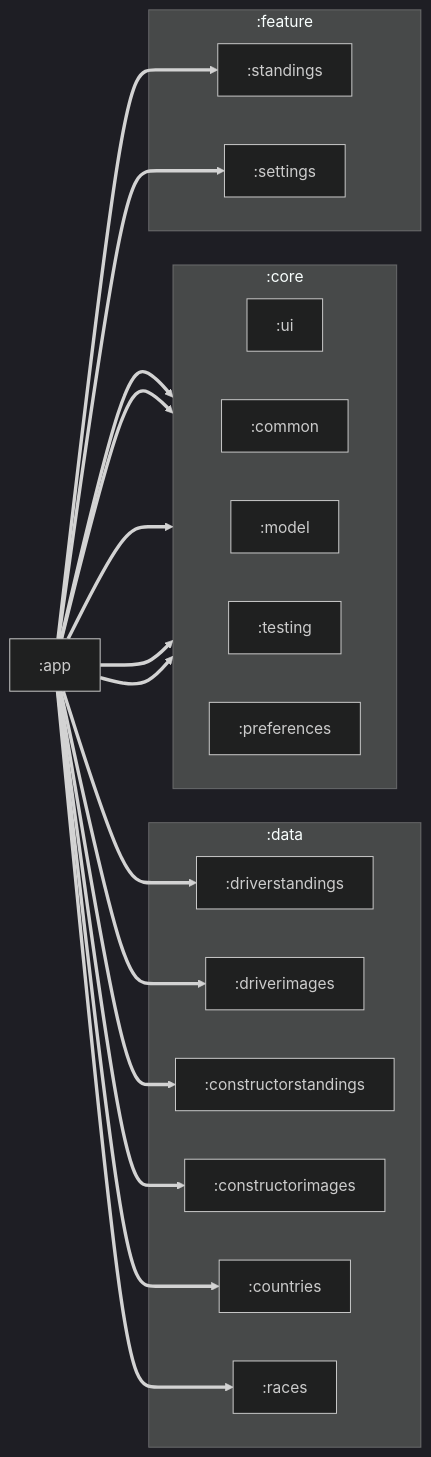
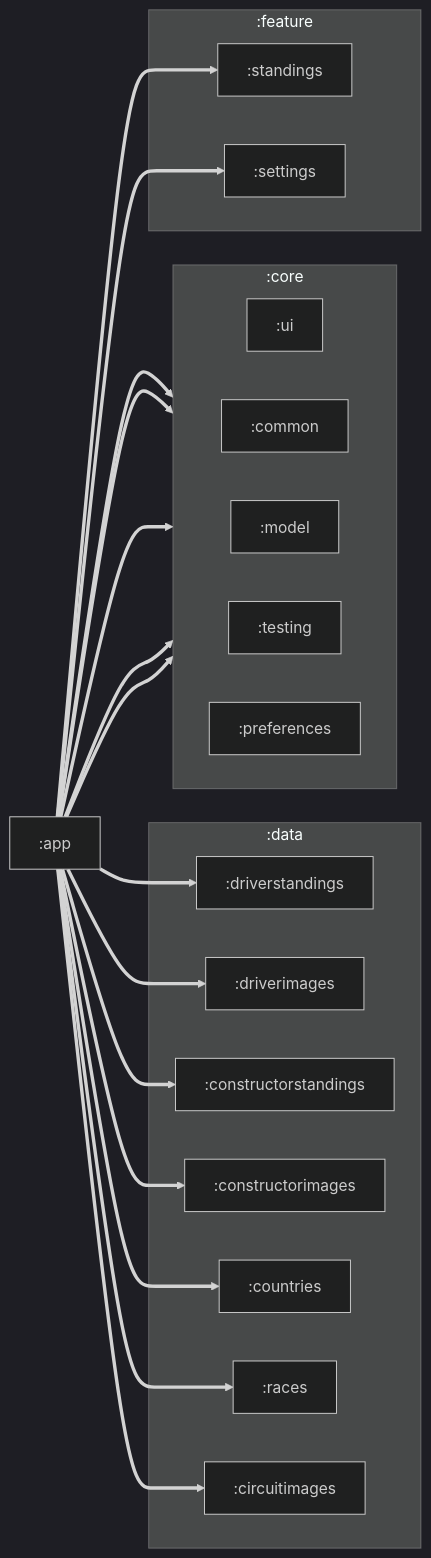
One commit to toquete/boxbox changed the diagram in app/README.md. Above: the diagram before and after it, drawn with Mermaid. The commit also changed 3 other files, not shown here.

Commit message:
Syncing circuit images on app startup

````diff
--- a/app/README.md
+++ b/app/README.md
@@ -1,37 +1,39 @@
 ```mermaid
 %%{init: {'theme':'dark'}}%%
 flowchart LR
     APP[:app] ==> UI
     APP ==> COMMON
     APP ==> MODEL
     APP ==> TESTING
     APP ==> PREFERENCES
     APP ==> DRIVER_STANDINGS
     APP ==> DRIVER_IMAGES
     APP ==> CONSTRUCTOR_STANDINGS
     APP ==> CONSTRUCTOR_IMAGES
     APP ==> COUNTRIES
     APP ==> STANDINGS
     APP ==> SETTINGS
     APP ==> RACES
+    APP ==> CIRCUIT_IMAGES
     subgraph :core
         direction LR
         MODEL[:model]
         TESTING[:testing]
         UI[:ui]
         COMMON[:common]
         PREFERENCES[:preferences]
     end
     subgraph :data
         DRIVER_STANDINGS[:driverstandings]
         DRIVER_IMAGES[:driverimages]
         CONSTRUCTOR_STANDINGS[:constructorstandings]
         CONSTRUCTOR_IMAGES[:constructorimages]
         COUNTRIES[:countries]
         RACES[:races]
+        CIRCUIT_IMAGES[:circuitimages]
     end
     subgraph :feature
         STANDINGS[:standings]
         SETTINGS[:settings]
     end
 ```
````
